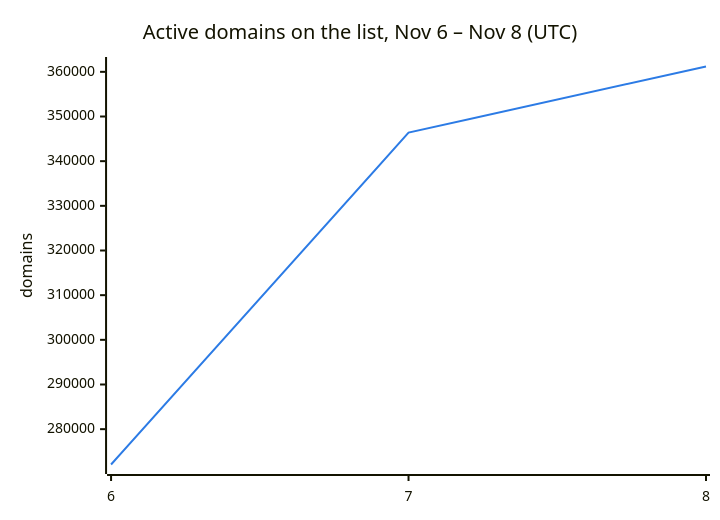
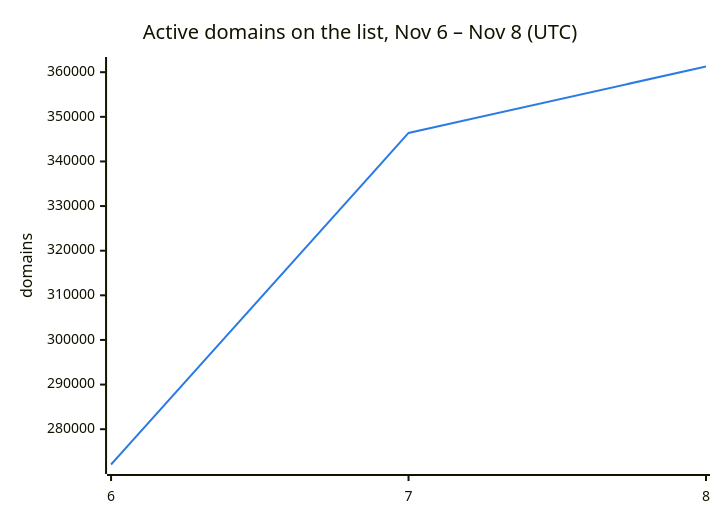
One commit to DNSBunker/CTI changed the second of 3 diagrams in README.md. Above: the diagram before and after it, drawn with Mermaid. The commit also changed other lines of this file and 3 other files, not shown here.

````diff
--- a/README.md
+++ b/README.md
@@ -38,8 +38,8 @@
 ```mermaid
 %%{init: {"themeVariables": {"xyChart": {"plotColorPalette": "#2c7be5"}}}}%%
 xychart-beta
     title "Active domains on the list, Nov 6 – Nov 8 (UTC)"
     x-axis ["6", "7", "8"]
     y-axis "domains"
-    line [272088, 346388, 361195]
+    line [272088, 346388, 361277]
 ```
````
